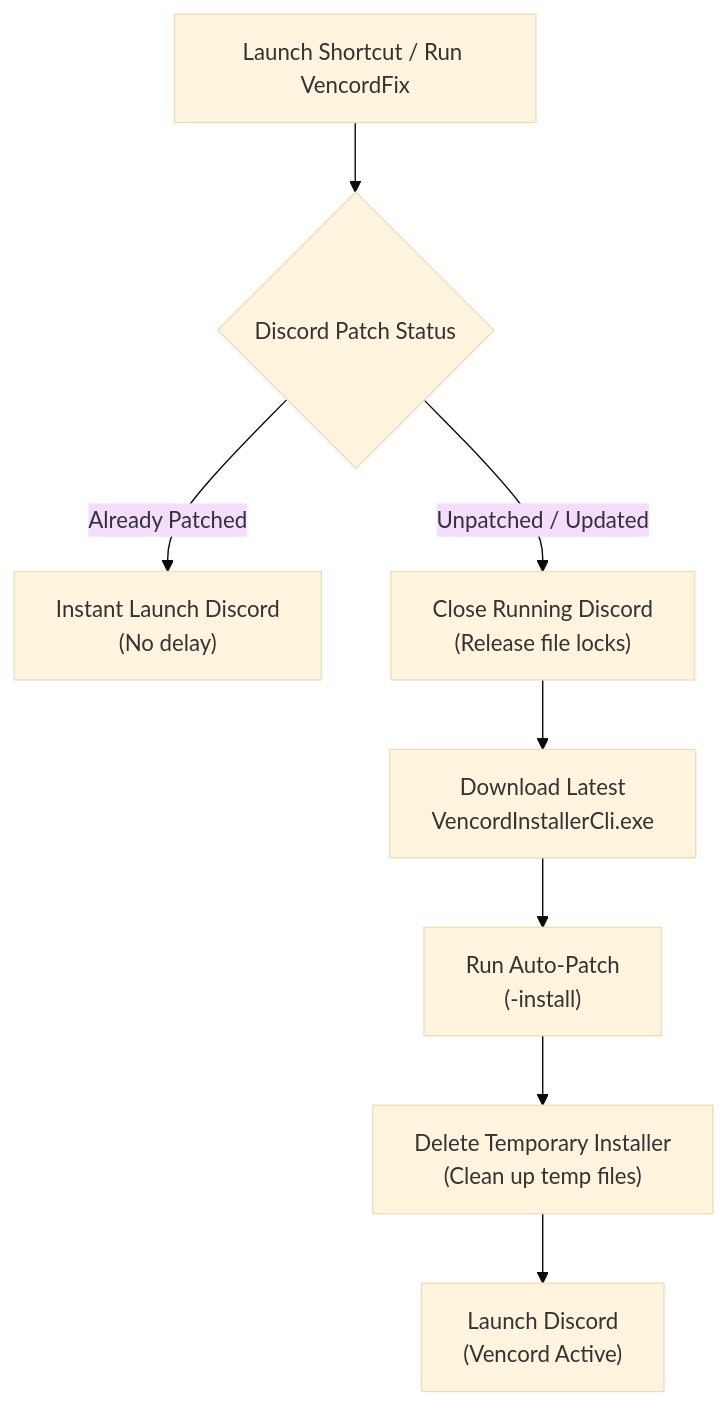
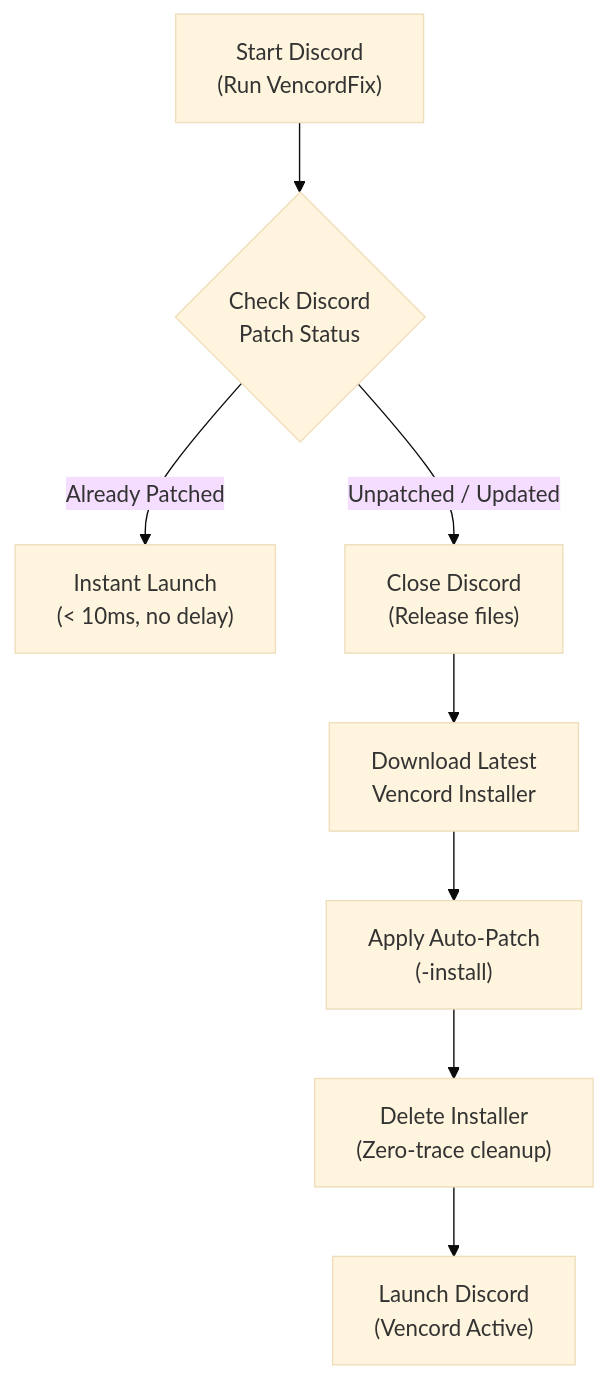
One commit to eclipse999/VencordFix changed the diagram in README.md. Above: the diagram before and after it, drawn with Mermaid (base theme). The commit also changed 1 other file, not shown here.

Commit message:
fix(docs): shorten flowchart line lengths to eliminate any text truncation

````diff
--- a/README.md
+++ b/README.md
@@ -58,10 +58,10 @@
 ```mermaid
 flowchart TD
-    A["Launch Shortcut / Run VencordFix"] --> B{"Discord Patch Status"}
-    B -->|Already Patched| C["Instant Launch Discord<br/>(No delay)"]
-    B -->|Unpatched / Updated| D["Close Running Discord<br/>(Release file locks)"]
-    D --> E["Download Latest<br/>VencordInstallerCli.exe"]
-    E --> F["Run Auto-Patch<br/>(-install)"]
-    F --> G["Delete Temporary Installer<br/>(Clean up temp files)"]
+    A["Start Discord<br/>(Run VencordFix)"] --> B{"Check Discord<br/>Patch Status"}
+    B -->|Already Patched| C["Instant Launch<br/>(&lt; 10ms, no delay)"]
+    B -->|Unpatched / Updated| D["Close Discord<br/>(Release files)"]
+    D --> E["Download Latest<br/>Vencord Installer"]
+    E --> F["Apply Auto-Patch<br/>(-install)"]
+    F --> G["Delete Installer<br/>(Zero-trace cleanup)"]
     G --> H["Launch Discord<br/>(Vencord Active)"]
 ```
````
